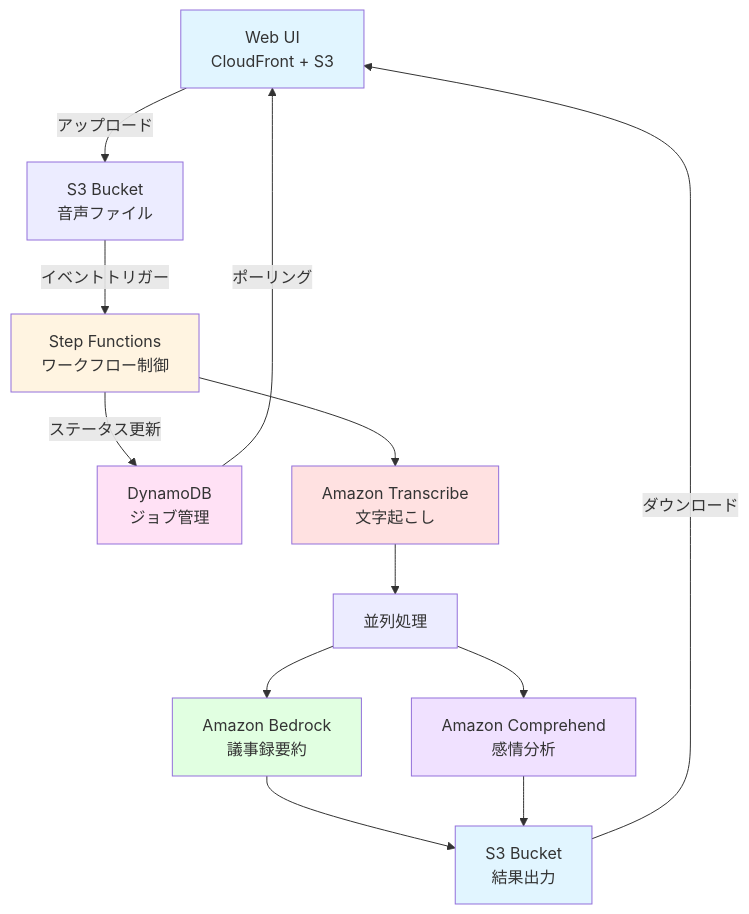
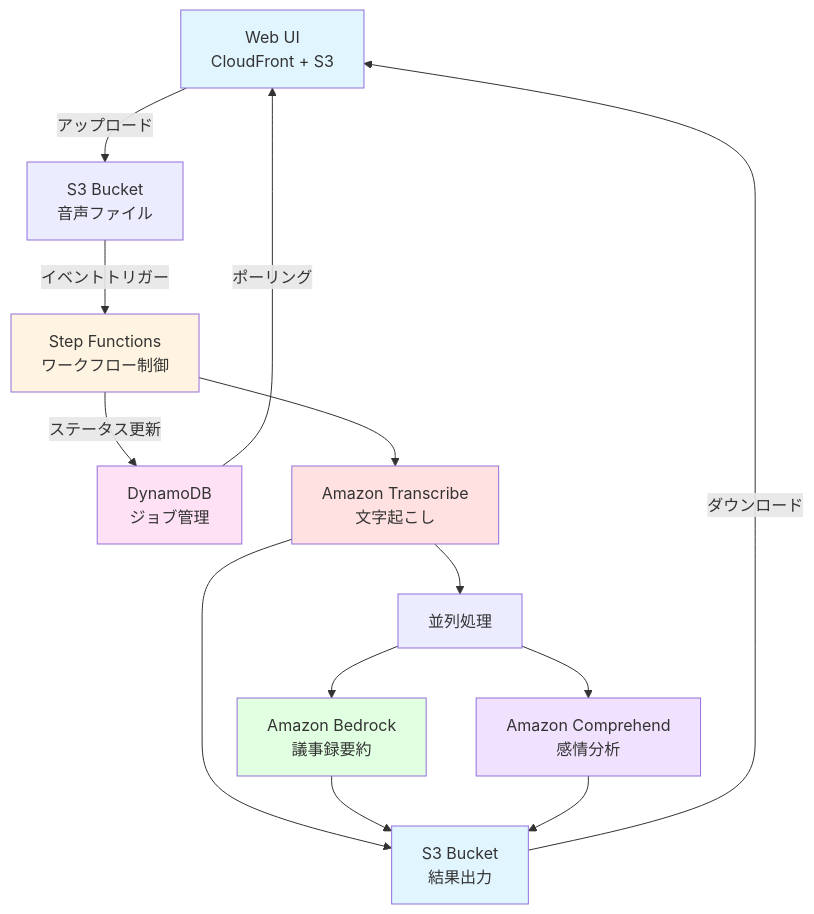
The diagram in 発表スライド.md (kyonosuke-specialist/gijirokuapp), drawn with Mermaid before and after one commit. The commit also changed other lines of this file, not shown here.

````diff
--- a/発表スライド.md
+++ b/発表スライド.md
@@ -20,22 +20,23 @@
 ```mermaid
 graph TD
     A[Web UI<br/>CloudFront + S3] -->|アップロード| B[S3 Bucket<br/>音声ファイル]
     B -->|イベントトリガー| C[Step Functions<br/>ワークフロー制御]
     C -->|ステータス更新| D[DynamoDB<br/>ジョブ管理]
     C --> E[Amazon Transcribe<br/>文字起こし]
     E --> F[並列処理]
+    E --> I[S3 Bucket<br/>結果出力]
     F --> G[Amazon Bedrock<br/>議事録要約]
     F --> H[Amazon Comprehend<br/>感情分析]
-    G --> I[S3 Bucket<br/>結果出力]
+    G --> I
     H --> I
     D -->|ポーリング| A
     I -->|ダウンロード| A
     
     style A fill:#e1f5ff
     style C fill:#fff4e1
     style D fill:#ffe1f5
     style E fill:#ffe1e1
     style G fill:#e1ffe1
     style H fill:#f0e1ff
     style I fill:#e1f5ff
 ```
````
